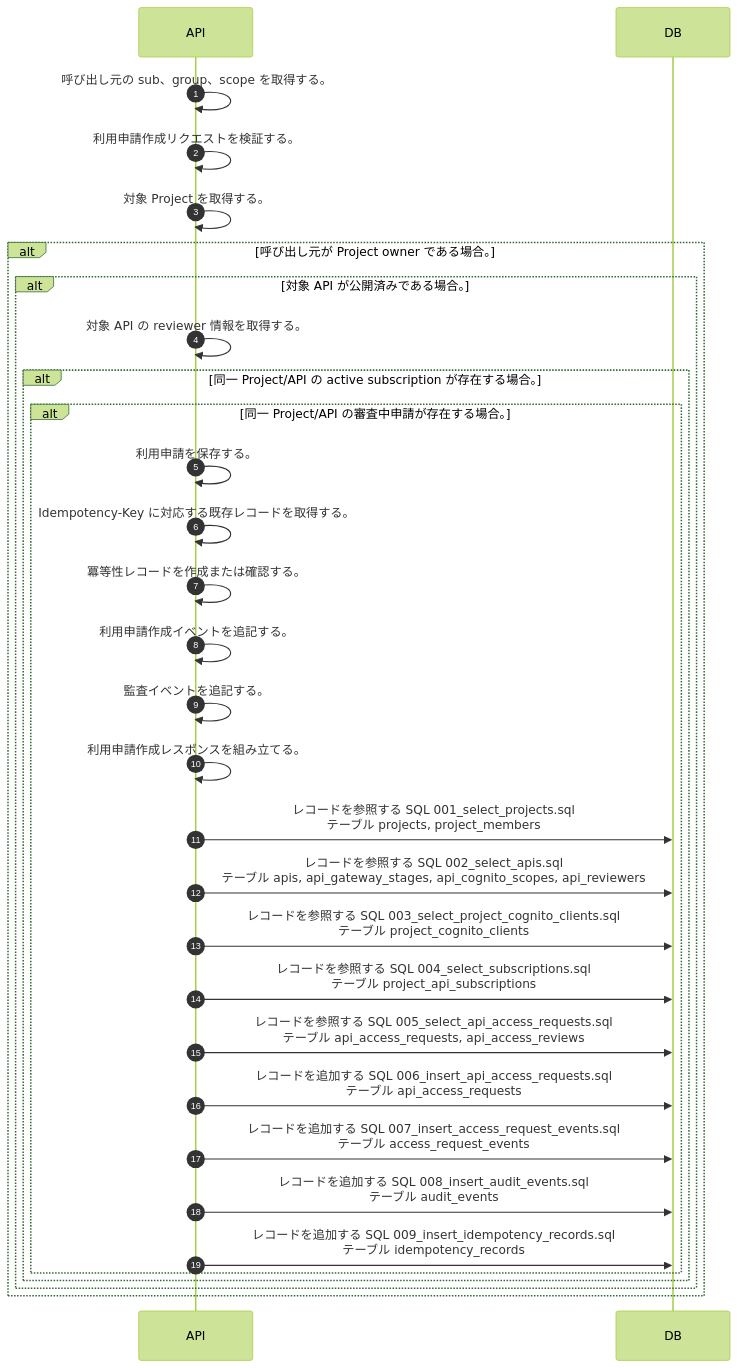
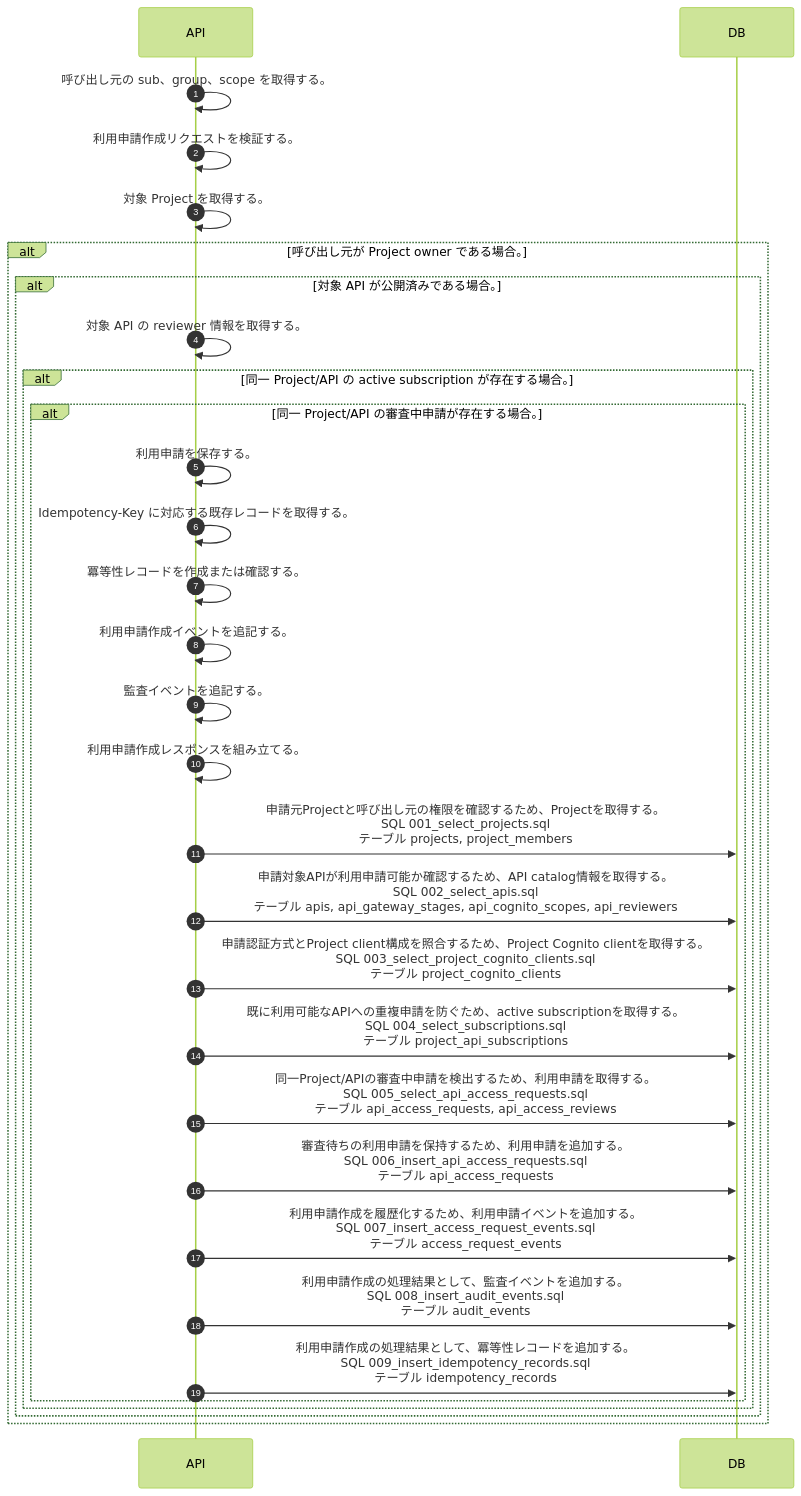
The diagram in docs/spec/40.apis/projects/create_api_access_request/sequence_gen.md (tsuji-tomonori/lazunex), drawn with Mermaid (forest theme) before and after one commit. The commit also changed 117 other files, not shown here.

Commit message:
📝 docs(api): SQL意図をシーケンスへ伝播

````diff
--- a/docs/spec/40.apis/projects/create_api_access_request/sequence_gen.md
+++ b/docs/spec/40.apis/projects/create_api_access_request/sequence_gen.md
@@ -5,33 +5,33 @@
 ```mermaid
 sequenceDiagram
   autonumber
   participant API as API
   participant DB as DB
   API->>API: 呼び出し元の sub、group、scope を取得する。
   API->>API: 利用申請作成リクエストを検証する。
   API->>API: 対象 Project を取得する。
   alt 呼び出し元が Project owner である場合。
     alt 対象 API が公開済みである場合。
       API->>API: 対象 API の reviewer 情報を取得する。
       alt 同一 Project/API の active subscription が存在する場合。
         alt 同一 Project/API の審査中申請が存在する場合。
           API->>API: 利用申請を保存する。
           API->>API: Idempotency-Key に対応する既存レコードを取得する。
           API->>API: 冪等性レコードを作成または確認する。
           API->>API: 利用申請作成イベントを追記する。
           API->>API: 監査イベントを追記する。
           API->>API: 利用申請作成レスポンスを組み立てる。
-          API->>DB: レコードを参照する SQL 001_select_projects.sql<br/>テーブル projects, project_members
-          API->>DB: レコードを参照する SQL 002_select_apis.sql<br/>テーブル apis, api_gateway_stages, api_cognito_scopes, api_reviewers
-          API->>DB: レコードを参照する SQL 003_select_project_cognito_clients.sql<br/>テーブル project_cognito_clients
-          API->>DB: レコードを参照する SQL 004_select_subscriptions.sql<br/>テーブル project_api_subscriptions
-          API->>DB: レコードを参照する SQL 005_select_api_access_requests.sql<br/>テーブル api_access_requests, api_access_reviews
-          API->>DB: レコードを追加する SQL 006_insert_api_access_requests.sql<br/>テーブル api_access_requests
-          API->>DB: レコードを追加する SQL 007_insert_access_request_events.sql<br/>テーブル access_request_events
-          API->>DB: レコードを追加する SQL 008_insert_audit_events.sql<br/>テーブル audit_events
-          API->>DB: レコードを追加する SQL 009_insert_idempotency_records.sql<br/>テーブル idempotency_records
+          API->>DB: 申請元Projectと呼び出し元の権限を確認するため、Projectを取得する。<br/>SQL 001_select_projects.sql<br/>テーブル projects, project_members
+          API->>DB: 申請対象APIが利用申請可能か確認するため、API catalog情報を取得する。<br/>SQL 002_select_apis.sql<br/>テーブル apis, api_gateway_stages, api_cognito_scopes, api_reviewers
+          API->>DB: 申請認証方式とProject client構成を照合するため、Project Cognito clientを取得する。<br/>SQL 003_select_project_cognito_clients.sql<br/>テーブル project_cognito_clients
+          API->>DB: 既に利用可能なAPIへの重複申請を防ぐため、active subscriptionを取得する。<br/>SQL 004_select_subscriptions.sql<br/>テーブル project_api_subscriptions
+          API->>DB: 同一Project/APIの審査中申請を検出するため、利用申請を取得する。<br/>SQL 005_select_api_access_requests.sql<br/>テーブル api_access_requests, api_access_reviews
+          API->>DB: 審査待ちの利用申請を保持するため、利用申請を追加する。<br/>SQL 006_insert_api_access_requests.sql<br/>テーブル api_access_requests
+          API->>DB: 利用申請作成を履歴化するため、利用申請イベントを追加する。<br/>SQL 007_insert_access_request_events.sql<br/>テーブル access_request_events
+          API->>DB: 利用申請作成の処理結果として、監査イベントを追加する。<br/>SQL 008_insert_audit_events.sql<br/>テーブル audit_events
+          API->>DB: 利用申請作成の処理結果として、冪等性レコードを追加する。<br/>SQL 009_insert_idempotency_records.sql<br/>テーブル idempotency_records
         end
       end
     end
   end
 ```
````
